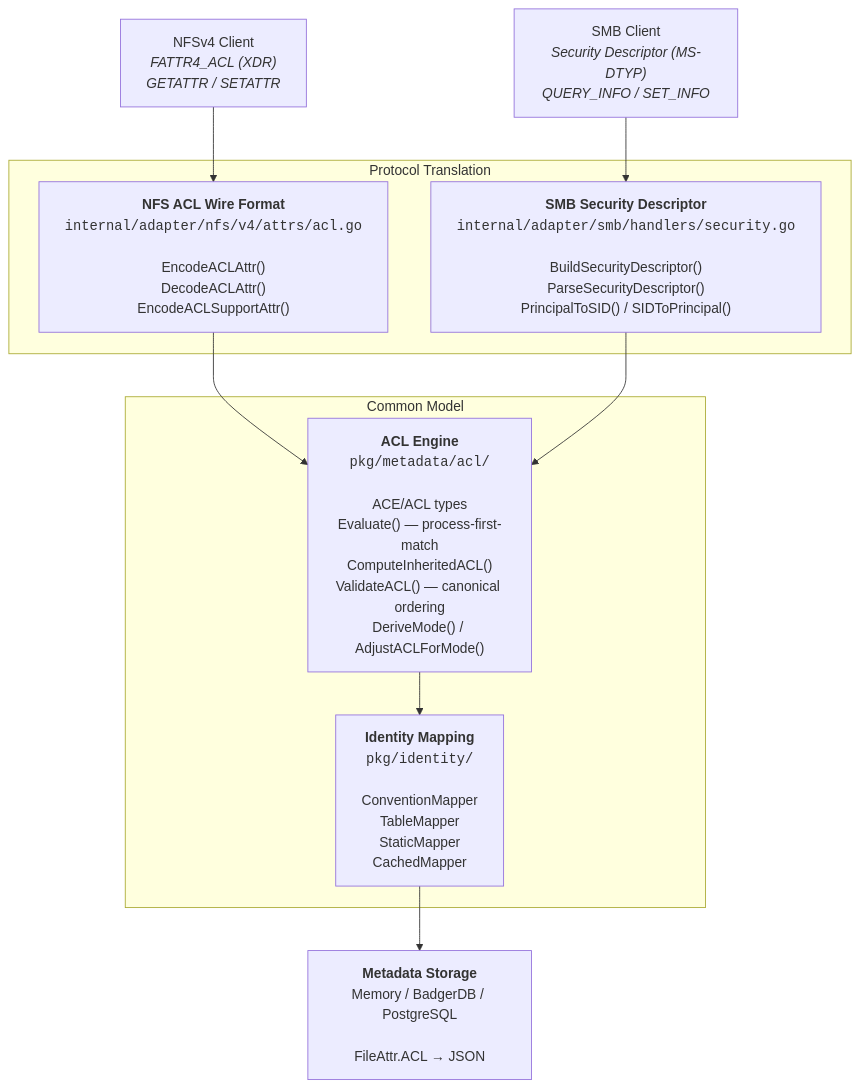
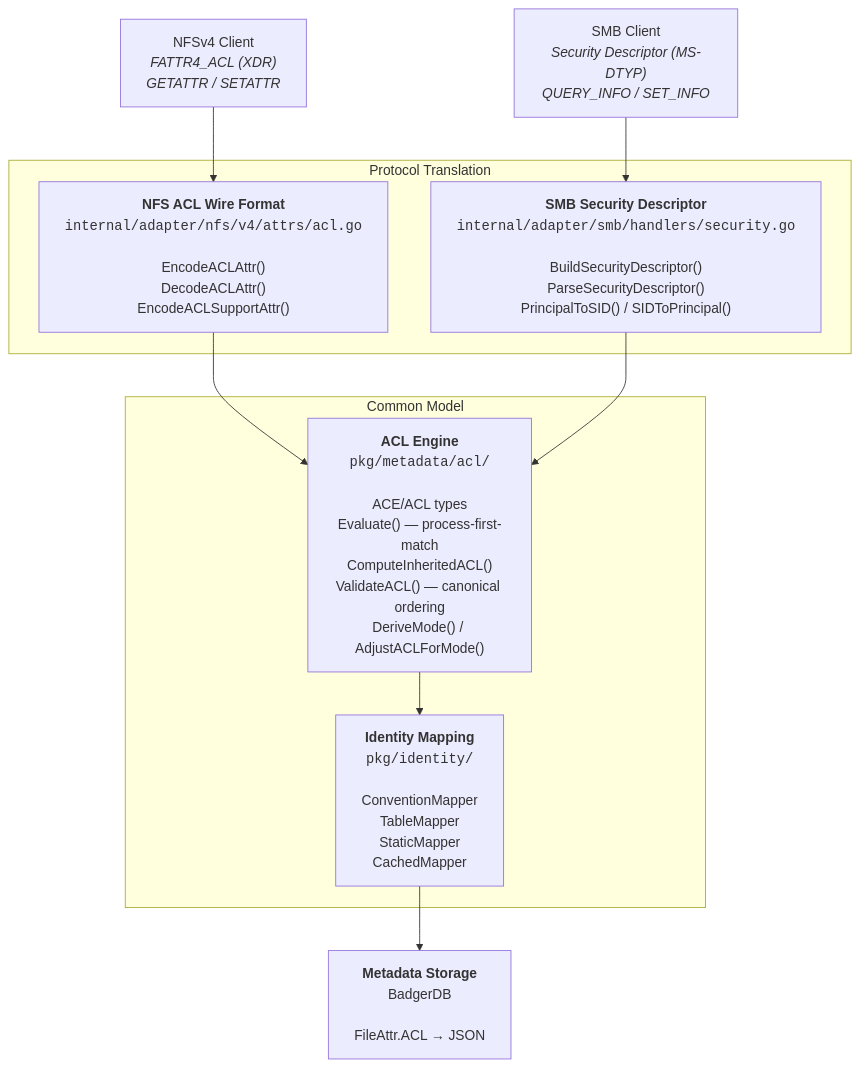
The diagram in docs/guide/access-control.md (esignoretti/dittofs), drawn with Mermaid before and after one commit. The commit also changed 635 other files, not shown here.

First line of the commit message:
chore(metadata): remove the SQL and in-memory metadata stores (#2914)

````diff
--- a/docs/guide/access-control.md
+++ b/docs/guide/access-control.md
@@ -84,25 +84,25 @@
 ```mermaid
 graph TB
     NFS["NFSv4 Client<br/><i>FATTR4_ACL (XDR)</i><br/><i>GETATTR / SETATTR</i>"]
     SMB["SMB Client<br/><i>Security Descriptor (MS-DTYP)</i><br/><i>QUERY_INFO / SET_INFO</i>"]
 
     NFS --> NFSWIRE
     SMB --> SMBWIRE
 
     subgraph "Protocol Translation"
         NFSWIRE["<b>NFS ACL Wire Format</b><br/><code>internal/adapter/nfs/v4/attrs/acl.go</code><br/><br/>EncodeACLAttr()<br/>DecodeACLAttr()<br/>EncodeACLSupportAttr()"]
         SMBWIRE["<b>SMB Security Descriptor</b><br/><code>internal/adapter/smb/handlers/security.go</code><br/><br/>BuildSecurityDescriptor()<br/>ParseSecurityDescriptor()<br/>PrincipalToSID() / SIDToPrincipal()"]
     end
 
     NFSWIRE --> ACL
     SMBWIRE --> ACL
 
     subgraph "Common Model"
         ACL["<b>ACL Engine</b><br/><code>pkg/metadata/acl/</code><br/><br/>ACE/ACL types<br/>Evaluate() — process-first-match<br/>ComputeInheritedACL()<br/>ValidateACL() — canonical ordering<br/>DeriveMode() / AdjustACLForMode()"]
         IDENTITY["<b>Identity Mapping</b><br/><code>pkg/identity/</code><br/><br/>ConventionMapper<br/>TableMapper<br/>StaticMapper<br/>CachedMapper"]
     end
 
     ACL --> IDENTITY
 
-    IDENTITY --> STORAGE["<b>Metadata Storage</b><br/>Memory / BadgerDB / PostgreSQL<br/><br/>FileAttr.ACL → JSON"]
+    IDENTITY --> STORAGE["<b>Metadata Storage</b><br/>BadgerDB<br/><br/>FileAttr.ACL → JSON"]
 ```
````
